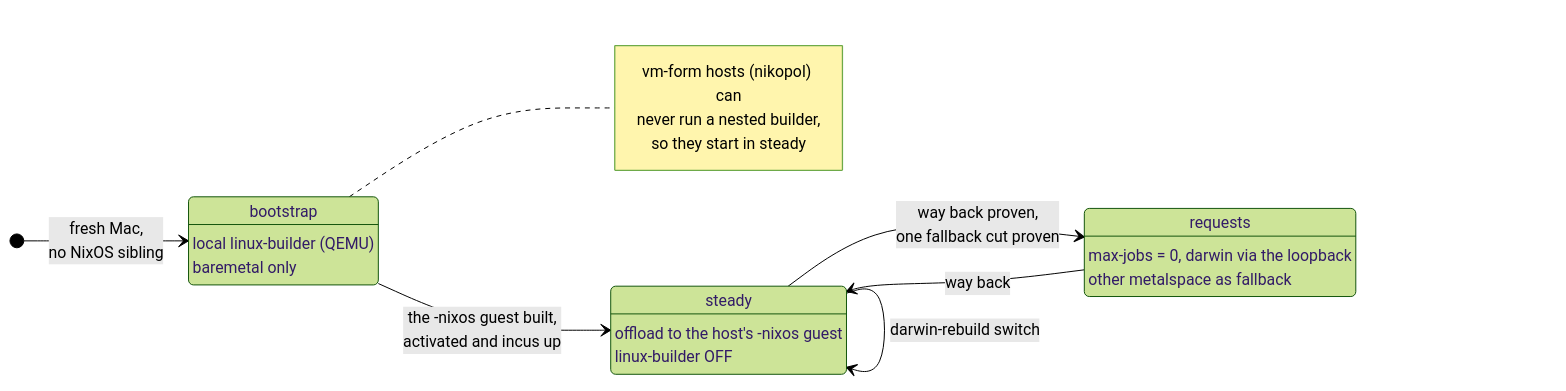
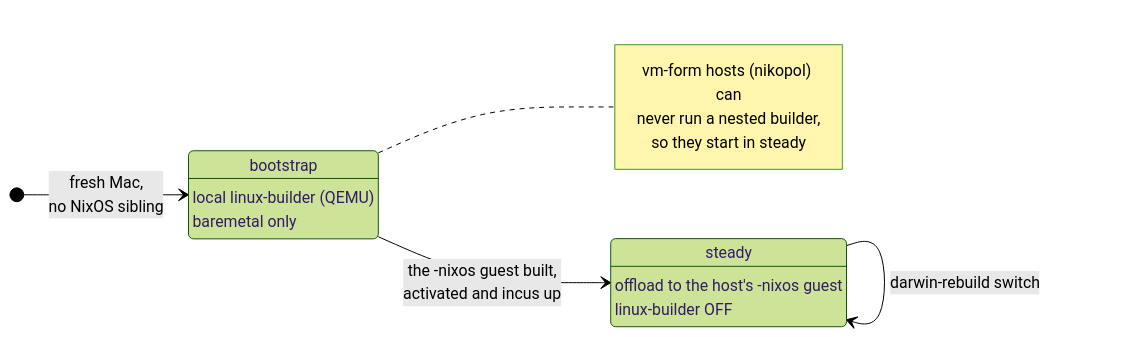
Before and after one commit to seedmatic/ndh: the diagram in docs/host-builder-phases.adoc, drawn with Mermaid (forest theme). The commit also changed other lines of this file and 9 other files, not shown here.

```diff
--- a/docs/host-builder-phases.adoc
+++ b/docs/host-builder-phases.adoc
@@ -46,21 +39,17 @@
 [mermaid]
 ....
 stateDiagram-v2
     direction LR
     [*] --> bootstrap: fresh Mac,<br/>no NixOS sibling
     bootstrap: bootstrap
     bootstrap: local linux-builder (QEMU)<br/>baremetal only
     steady: steady
     steady: offload to the host's -nixos guest<br/>linux-builder OFF
     bootstrap --> steady: the -nixos guest built,<br/>activated and incus up
-    requests: requests
-    requests: max-jobs = 0, darwin via the loopback<br/>other metalspace as fallback
     steady --> steady: darwin-rebuild switch
-    steady --> requests: way back proven,<br/>one fallback cut proven
-    requests --> steady: way back
     note right of bootstrap
         vm-form hosts (nikopol) can
         never run a nested builder,
         so they start in steady
     end note
 ....
```
